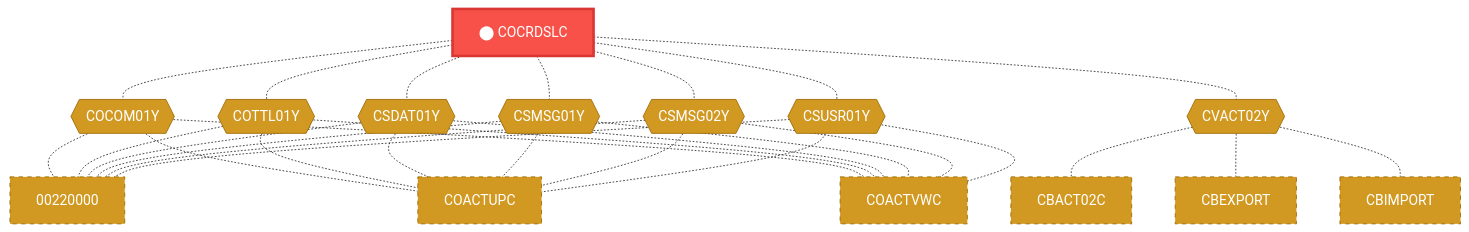
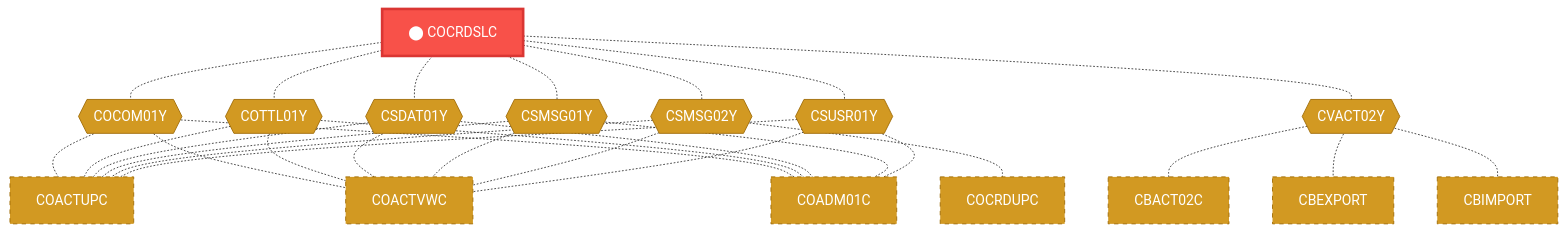
Before and after one commit to Arun973150/new_doc: the first of 2 diagrams in Unisys_doc-main/doc_demo/docs/programs/COCRDSLC.md, drawn with Mermaid. The commit also changed other lines of this file and 609 other files, not shown here.

````diff
--- a/Unisys_doc-main/doc_demo/docs/programs/COCRDSLC.md
+++ b/Unisys_doc-main/doc_demo/docs/programs/COCRDSLC.md
@@ -59,66 +59,66 @@
 ```mermaid
 flowchart TD
     COCRDSLC["⬤ COCRDSLC"]:::target
     CB_COCOM01Y{{"COCOM01Y"}}:::copybook
     COCRDSLC -.- CB_COCOM01Y
-    00220000["00220000"]:::coupled
-    CB_COCOM01Y -.- 00220000
     COACTUPC["COACTUPC"]:::coupled
     CB_COCOM01Y -.- COACTUPC
     COACTVWC["COACTVWC"]:::coupled
     CB_COCOM01Y -.- COACTVWC
+    COADM01C["COADM01C"]:::coupled
+    CB_COCOM01Y -.- COADM01C
     CB_COTTL01Y{{"COTTL01Y"}}:::copybook
     COCRDSLC -.- CB_COTTL01Y
-    00220000["00220000"]:::coupled
-    CB_COTTL01Y -.- 00220000
     COACTUPC["COACTUPC"]:::coupled
     CB_COTTL01Y -.- COACTUPC
     COACTVWC["COACTVWC"]:::coupled
     CB_COTTL01Y -.- COACTVWC
+    COADM01C["COADM01C"]:::coupled
+    CB_COTTL01Y -.- COADM01C
     CB_CSDAT01Y{{"CSDAT01Y"}}:::copybook
     COCRDSLC -.- CB_CSDAT01Y
-    00220000["00220000"]:::coupled
-    CB_CSDAT01Y -.- 00220000
     COACTUPC["COACTUPC"]:::coupled
     CB_CSDAT01Y -.- COACTUPC
     COACTVWC["COACTVWC"]:::coupled
     CB_CSDAT01Y -.- COACTVWC
+    COADM01C["COADM01C"]:::coupled
+    CB_CSDAT01Y -.- COADM01C
     CB_CSMSG01Y{{"CSMSG01Y"}}:::copybook
     COCRDSLC -.- CB_CSMSG01Y
-    00220000["00220000"]:::coupled
-    CB_CSMSG01Y -.- 00220000
     COACTUPC["COACTUPC"]:::coupled
     CB_CSMSG01Y -.- COACTUPC
     COACTVWC["COACTVWC"]:::coupled
     CB_CSMSG01Y -.- COACTVWC
+    COADM01C["COADM01C"]:::coupled
+    CB_CSMSG01Y -.- COADM01C
     CB_CSMSG02Y{{"CSMSG02Y"}}:::copybook
     COCRDSLC -.- CB_CSMSG02Y
-    00220000["00220000"]:::coupled
-    CB_CSMSG02Y -.- 00220000
     COACTUPC["COACTUPC"]:::coupled
     CB_CSMSG02Y -.- COACTUPC
     COACTVWC["COACTVWC"]:::coupled
     CB_CSMSG02Y -.- COACTVWC
+    COCRDUPC["COCRDUPC"]:::coupled
+    CB_CSMSG02Y -.- COCRDUPC
     CB_CSUSR01Y{{"CSUSR01Y"}}:::copybook
     COCRDSLC -.- CB_CSUSR01Y
-    00220000["00220000"]:::coupled
-    CB_CSUSR01Y -.- 00220000
     COACTUPC["COACTUPC"]:::coupled
     CB_CSUSR01Y -.- COACTUPC
     COACTVWC["COACTVWC"]:::coupled
     CB_CSUSR01Y -.- COACTVWC
+    COADM01C["COADM01C"]:::coupled
+    CB_CSUSR01Y -.- COADM01C
     CB_CVACT02Y{{"CVACT02Y"}}:::copybook
     COCRDSLC -.- CB_CVACT02Y
     CBACT02C["CBACT02C"]:::coupled
     CB_CVACT02Y -.- CBACT02C
     CBEXPORT["CBEXPORT"]:::coupled
     CB_CVACT02Y -.- CBEXPORT
     CBIMPORT["CBIMPORT"]:::coupled
     CB_CVACT02Y -.- CBIMPORT
     classDef target fill:#f85149,stroke:#da3633,color:#fff,stroke-width:3px
     classDef caller fill:#58a6ff,stroke:#1f6feb,color:#fff
     classDef callee fill:#3fb950,stroke:#238636,color:#fff
     classDef copybook fill:#d29922,stroke:#9e6a03,color:#fff
     classDef coupled fill:#d29922,stroke:#9e6a03,color:#fff,stroke-dasharray:5
     classDef transitive fill:#484f58,stroke:#8b949e,color:#c9d1d9,stroke-dasharray:5
 ```
````
